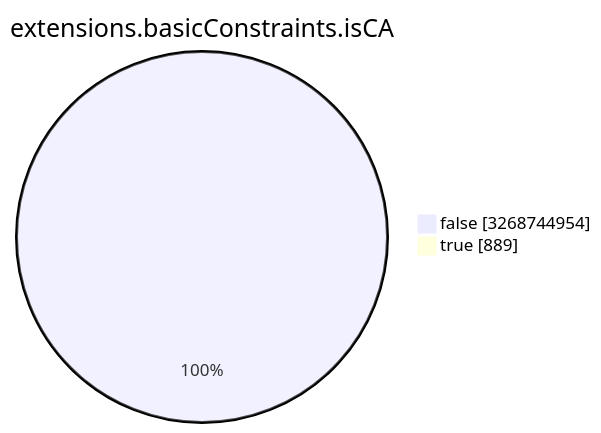
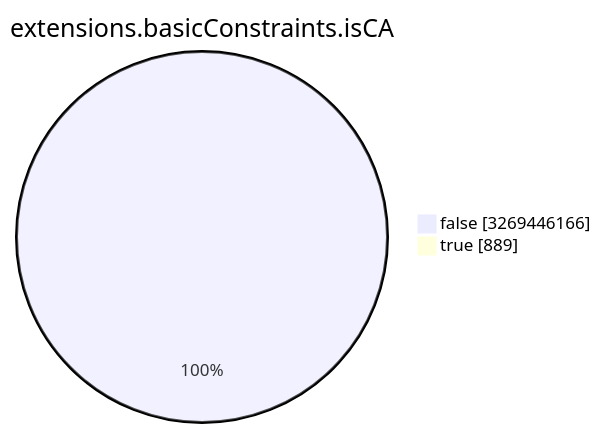
Before and after one commit to christiankrug/ctmonitor_visualization: the seventh of 15 diagrams in TOTAL/README.md, drawn with Mermaid. The commit also changed other lines of this file, not shown here.

````diff
--- a/TOTAL/README.md
+++ b/TOTAL/README.md
@@ -3089,6 +3089,6 @@
 ```mermaid
 pie showData
 title extensions.basicConstraints.isCA
-"false" :3268744954
+"false" :3269446166
 "true" :889
 ```
````
